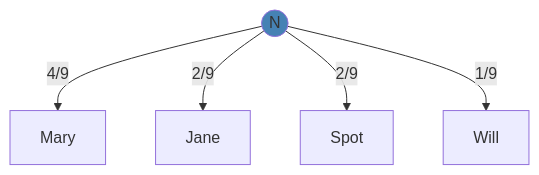
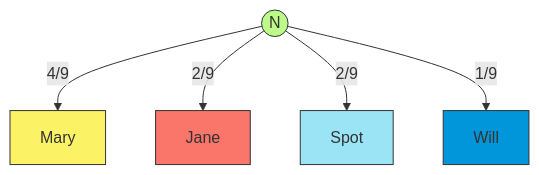
The second of 7 diagrams in C_5.md (Chaklader/part-of-speech-tagging), drawn with Mermaid before and after one commit. The commit also changed other lines of this file, not shown here.

````diff
--- a/C_5.md
+++ b/C_5.md
@@ -151,9 +150,13 @@
 ```mermaid
 graph TD
     N((N)) --> |4/9| Mary
     N --> |2/9| Jane
     N --> |2/9| Spot
     N --> |1/9| Will
 
-style N fill:#4682B4
+    style N fill:#BCFB89,stroke:#333,stroke-width:1px
+    style Mary fill:#FBF266,stroke:#333,stroke-width:1px
+    style Jane fill:#FA756A,stroke:#333,stroke-width:1px
+    style Spot fill:#9AE4F5,stroke:#333,stroke-width:1px
+    style Will fill:#0096D9,stroke:#333,stroke-width:1px
 ```
````
